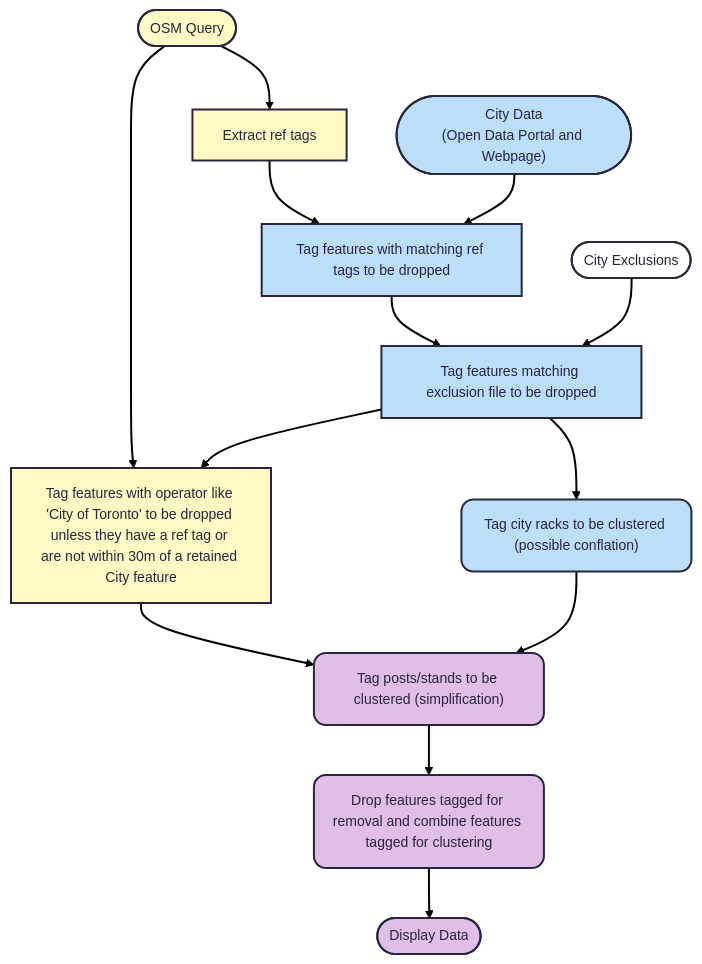
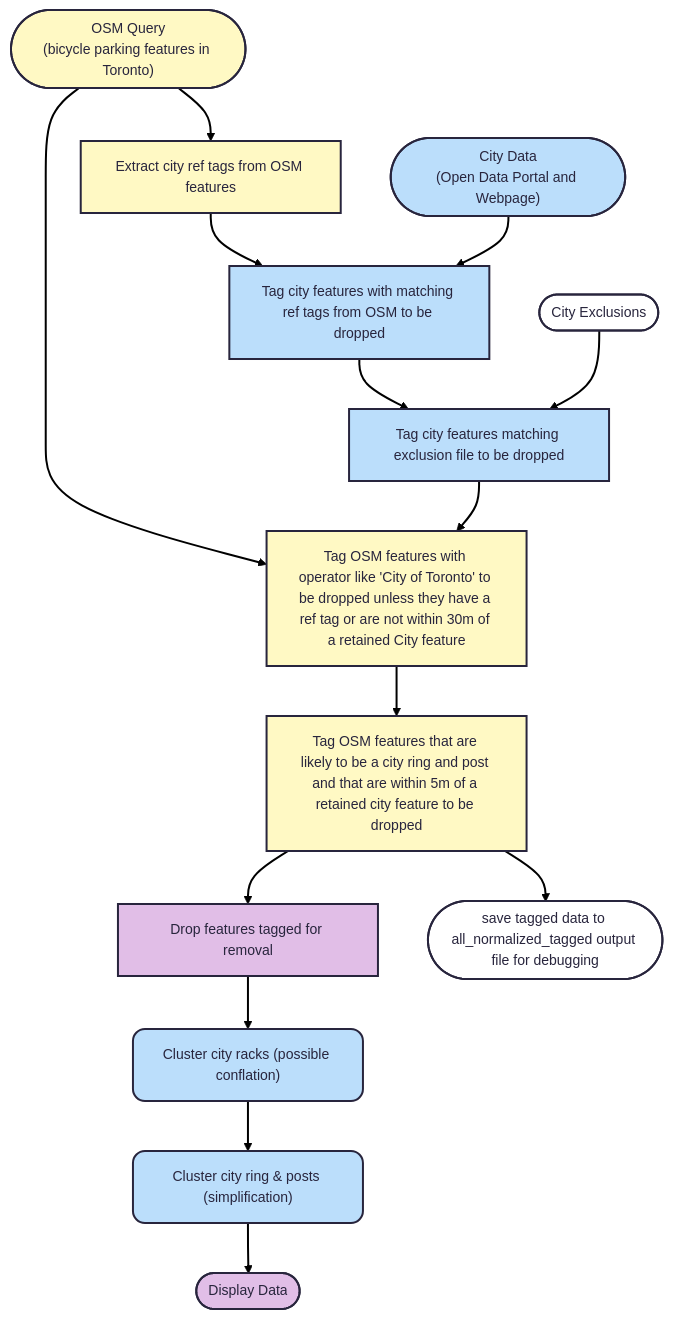
One commit to bikespace/parking-map-data changed the diagram in src/bikespace_data/bicycle_parking/README.md. Above: the diagram before and after it, drawn with Mermaid. The commit also changed other lines of this file and 10 other files, not shown here.

````diff
--- a/src/bikespace_data/bicycle_parking/README.md
+++ b/src/bikespace_data/bicycle_parking/README.md
@@ -72,32 +74,33 @@
 ```mermaid
 ---
 config:
   theme: redux
 ---
 
 flowchart TD
-    A(["OSM Query"]) --> B["Extract ref tags"] & n5@{ label: "Tag features with operator like 'City of Toronto' to be dropped unless they have a ref tag or are not within 30m of a retained City feature" }
-    B --> n2["Tag features with matching ref tags to be dropped"]
+    A(["OSM Query<br>(bicycle parking features in Toronto)"]) --> B["Extract city ref tags from OSM features"] & n5@{ label: "Tag OSM features with operator like 'City of Toronto' to be dropped unless they have a ref tag or are not within 30m of a retained City feature" }
+    B --> n2["Tag city features with matching ref tags from OSM to be dropped"]
     n1(["City Data<br>(Open Data Portal and Webpage)"]) --> n2
-    n2 --> n4["Tag features matching exclusion file to be dropped"]
+    n2 --> n4["Tag city features matching exclusion file to be dropped"]
     n3(["City Exclusions"]) --> n4
-    n4 --> n5 & n6["Tag city racks to be clustered (possible conflation)"]
-    n5 --> n7["Tag posts/stands to be clustered (simplification)"]
-    n6 --> n7
-    n7 --> n8["Drop features tagged for removal and combine features tagged for clustering"]
-    n8 --> n9(["Display Data"])
-
+    n4 --> n5
+    n5 --> n10["Tag OSM features that are likely to be a city ring and post and that are within 5m of a retained city feature to be dropped"]
+    n6["Cluster city racks (possible conflation)"] --> n7["Cluster city ring &amp; posts (simplification)"]
+    n10 --> n11["Drop features tagged for removal"] & n12(["save tagged data to all_normalized_tagged output file for debugging"])
+    n11 --> n6
+    n7 --> n9(["Display Data"])
+    
     B@{ shape: rect}
+    n2@{ shape: rect}
     n5@{ shape: rect}
-    n2@{ shape: rect}
     n6@{ shape: rounded}
     n7@{ shape: rounded}
-    n8@{ shape: rounded}
-    
+    n11@{ shape: rect}
+
     classDef cityData fill:#BBDEFB
-    class A,B,n5 OSMData
+    class n1,n2,n4,n6,n7 cityData
     classDef OSMData fill:#FFF9C4
-    class n1,n2,n4,n6 cityData
+    class A,B,n5,n10 OSMData
     classDef mixedData fill:#E1BEE7
-    class n7,n8,n9 mixedData
+    class n9,n11 mixedData
 ```
````
